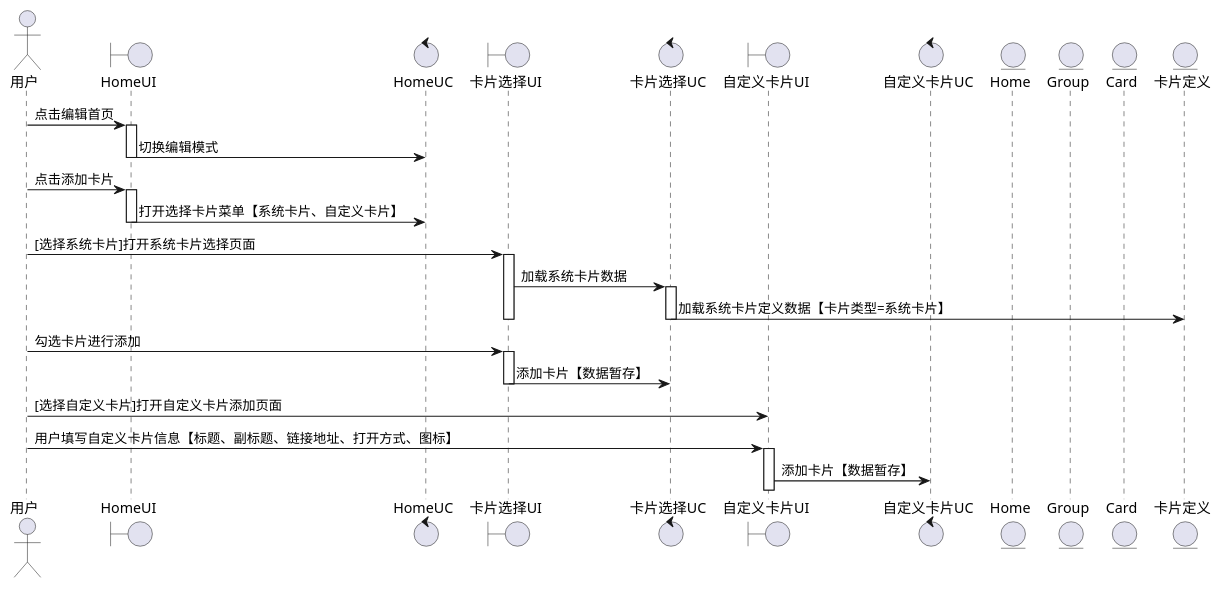
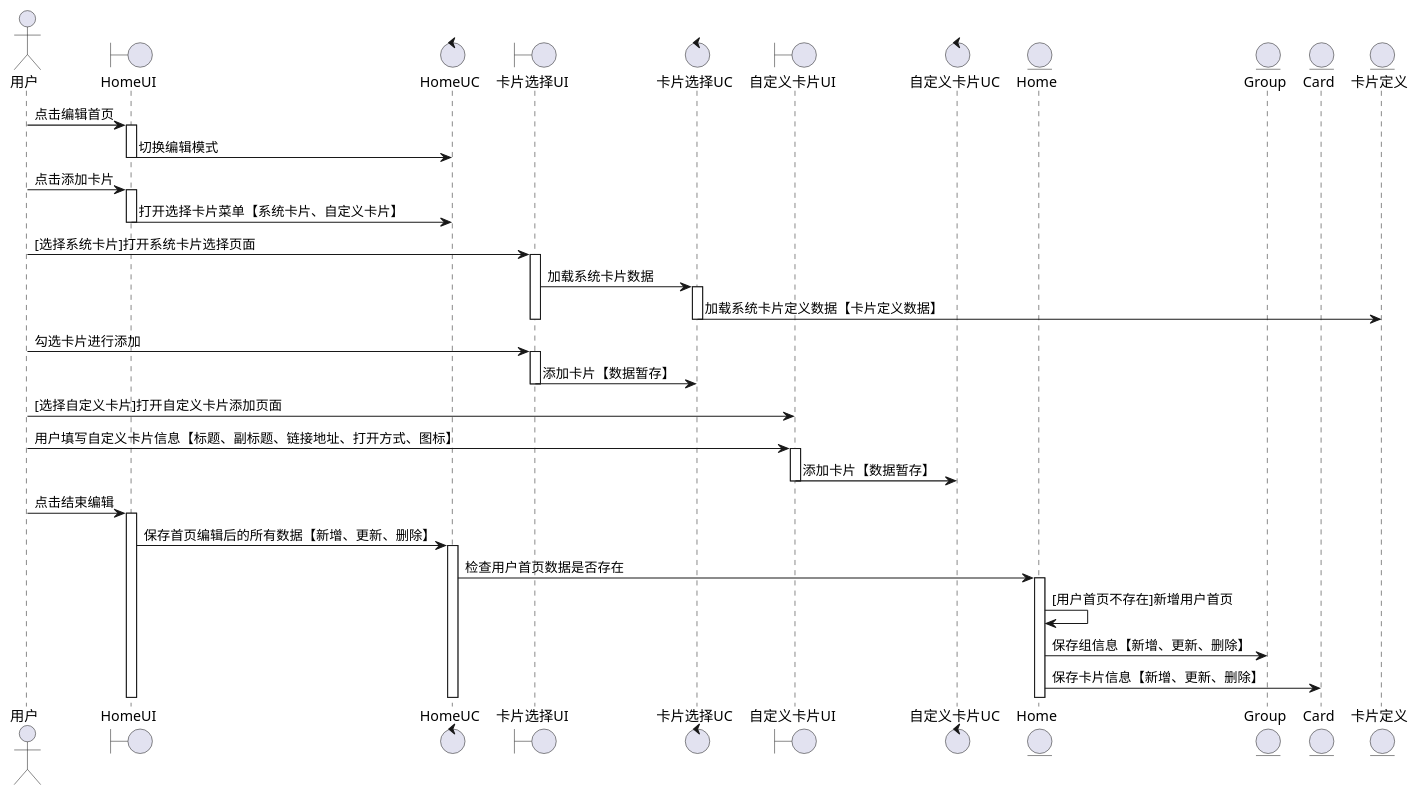
Before and after one commit to liuxd6825/dapr-go-ddd-sdk: the diagram in app/domain/sys/xuml-card/edit_home_workflow.puml, drawn with PlantUML.

Commit message:
时序图完善

```diff
--- a/app/domain/sys/xuml-card/edit_home_workflow.puml
+++ b/app/domain/sys/xuml-card/edit_home_workflow.puml
@@ -1,45 +1,55 @@
 @startuml
 actor 用户 as user
 boundary HomeUI as homeui
 control HomeUC as homeuc
 boundary 卡片选择UI as selectui
 control 卡片选择UC as selectuc
 boundary 自定义卡片UI as customui
 control 自定义卡片UC as customuc
 entity Home as home
 entity Group as group
 entity Card as card
 entity 卡片定义 as cardFile
 
 
 user -> homeui : 点击编辑首页
 activate homeui
 
 homeui -> homeuc : 切换编辑模式
 deactivate homeui
 
 user -> homeui : 点击添加卡片
 activate homeui
 homeui -> homeuc : 打开选择卡片菜单【系统卡片、自定义卡片】
 deactivate
 
 user -> selectui : [选择系统卡片]打开系统卡片选择页面
 activate selectui
 selectui -> selectuc : 加载系统卡片数据
 activate selectuc
-selectuc -> cardFile : 加载系统卡片定义数据【卡片类型=系统卡片】
+selectuc -> cardFile : 加载系统卡片定义数据【卡片定义数据】
 deactivate selectui
 deactivate selectuc
 
 user -> selectui : 勾选卡片进行添加
 activate selectui
 selectui -> selectuc : 添加卡片【数据暂存】
 deactivate selectui
 
 user -> customui : [选择自定义卡片]打开自定义卡片添加页面
 user -> customui : 用户填写自定义卡片信息【标题、副标题、链接地址、打开方式、图标】
 activate customui
 customui -> customuc : 添加卡片【数据暂存】
+deactivate customui
 
+user -> homeui : 点击结束编辑
+activate homeui
+homeui -> homeuc : 保存首页编辑后的所有数据【新增、更新、删除】
+activate homeuc
+homeuc -> home : 检查用户首页数据是否存在
+activate home
+home -> home : [用户首页不存在]新增用户首页
+home -> group : 保存组信息【新增、更新、删除】
+home -> card : 保存卡片信息【新增、更新、删除】
 
 @enduml
```
